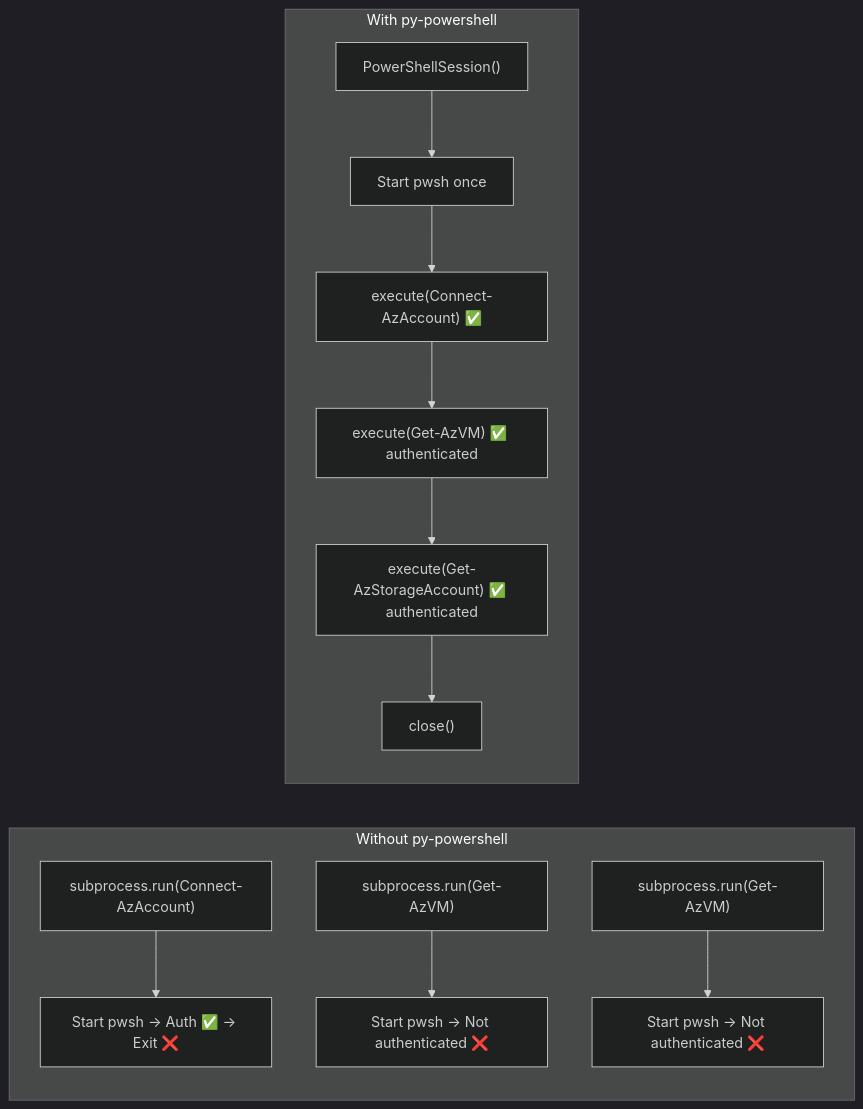
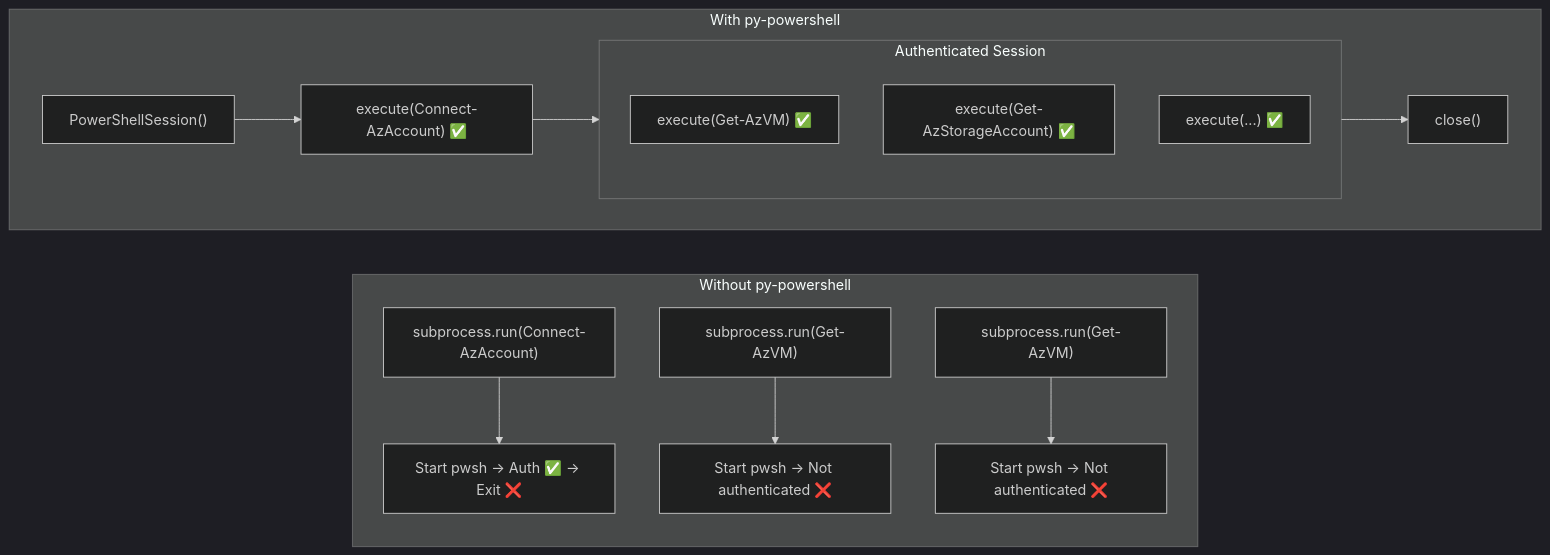
Before and after one commit to prowler-cloud/py-pwsh-session: the third of 3 diagrams in README.md, drawn with Mermaid (dark theme).

Commit message:
docs: redesign session lifecycle diagram for clarity
- Make "With py-powershell" subgraph horizontal to match the "Without" flow
- Wrap authenticated commands inside a visual session container
- Clarify the lifecycle: open → authenticate → execute → close

````diff
--- a/README.md
+++ b/README.md
@@ -88,18 +88,21 @@
 ```mermaid
 flowchart LR
     subgraph without["Without py-powershell"]
         direction TB
         A1["subprocess.run(Connect-AzAccount)"] --> A2["Start pwsh → Auth ✅ → Exit ❌"]
         A3["subprocess.run(Get-AzVM)"] --> A4["Start pwsh → Not authenticated ❌"]
         A5["subprocess.run(Get-AzVM)"] --> A6["Start pwsh → Not authenticated ❌"]
     end
 
     subgraph with["With py-powershell"]
-        direction TB
-        B1["PowerShellSession()"] --> B2["Start pwsh once"]
-        B2 --> B3["execute(Connect-AzAccount) ✅"]
-        B3 --> B4["execute(Get-AzVM) ✅ authenticated"]
-        B4 --> B5["execute(Get-AzStorageAccount) ✅ authenticated"]
-        B5 --> B6["close()"]
+        direction LR
+        B1["PowerShellSession()"] --> B2["execute(Connect-AzAccount) ✅"]
+        subgraph session["Authenticated Session"]
+            B3["execute(Get-AzVM) ✅"]
+            B4["execute(Get-AzStorageAccount) ✅"]
+            B5["execute(...) ✅"]
+        end
+        B2 --> session
+        session --> B6["close()"]
     end
 ```
````
